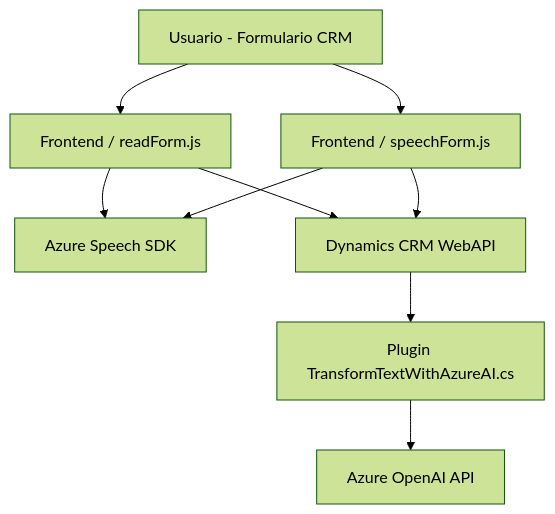
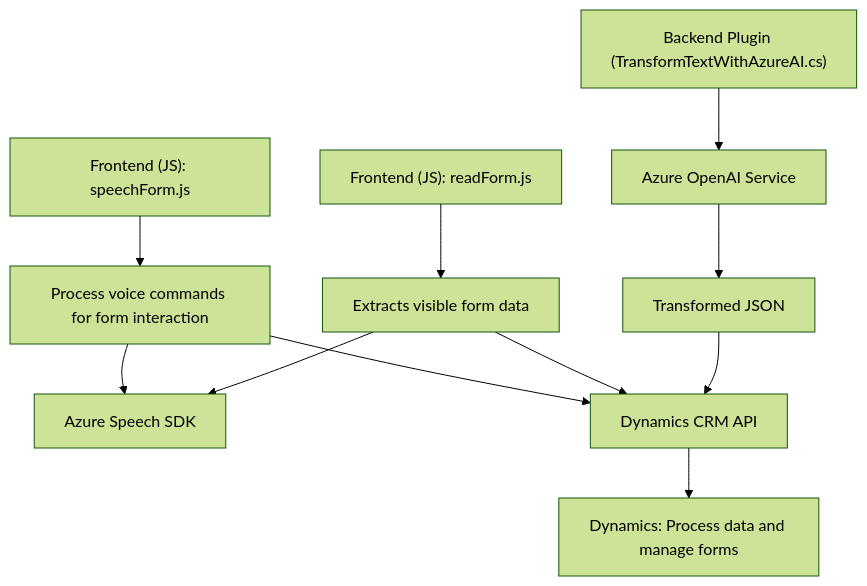
Before and after one commit to blopezdm/NETCORE_BILBAO2025: the diagram in README.md, drawn with Mermaid (forest theme). The commit also changed other lines of this file, not shown here.

````diff
--- a/README.md
+++ b/README.md
@@ -43,19 +57,13 @@
 ```mermaid
 graph TD
-  A["Usuario - Formulario CRM"]
-  B["Frontend / readForm.js"]
-  C["Frontend / speechForm.js"]
-  D["Azure Speech SDK"]
-  E["Plugin TransformTextWithAzureAI.cs"]
-  F["Dynamics CRM WebAPI"]
-  G["Azure OpenAI API"]
-
-  A --> B
-  A --> C
-  B --> D
-  B --> F
-  C --> D
-  C --> F
-  F --> E
-  E --> G
+    A1["Frontend (JS): readForm.js"] --> B1["Extracts visible form data"]
+    A2["Frontend (JS): speechForm.js"] --> B2["Process voice commands for form interaction"]
+    B2 --> C1["Azure Speech SDK"]
+    B1 --> C1
+    B2 --> C2["Dynamics CRM API"]
+    B1 --> C2
+    A3["Backend Plugin (TransformTextWithAzureAI.cs)"] --> C3["Azure OpenAI Service"]
+    C3 --> C4["Transformed JSON"]
+    C4 --> C2
+    C2 --> D1["Dynamics: Process data and manage forms"]
 ```
````
